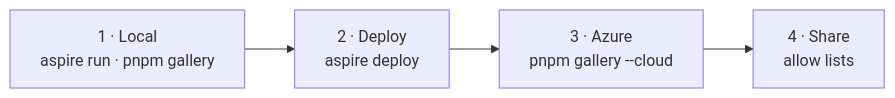
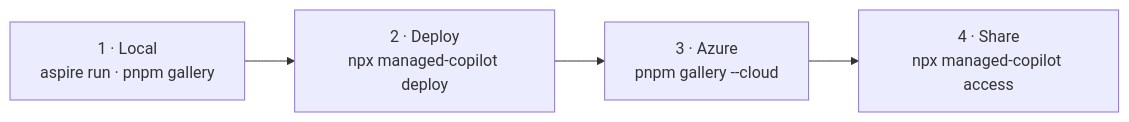
Before and after one commit to patniko/managed-copilot-sdk: the diagram in docs/walkthrough.md, drawn with Mermaid. The commit also changed other lines of this file and 11 other files, not shown here.

First line of the commit message:
cli: add managed-copilot deploy and access

````diff
--- a/docs/walkthrough.md
+++ b/docs/walkthrough.md
@@ -7,6 +7,6 @@
 ```mermaid
 flowchart LR
-  A["1 · Local<br/>aspire run · pnpm gallery"] --> B["2 · Deploy<br/>aspire deploy"]
+  A["1 · Local<br/>aspire run · pnpm gallery"] --> B["2 · Deploy<br/>npx managed-copilot deploy"]
   B --> C["3 · Azure<br/>pnpm gallery --cloud"]
-  C --> D["4 · Share<br/>allow lists"]
+  C --> D["4 · Share<br/>npx managed-copilot access"]
 ```
````
